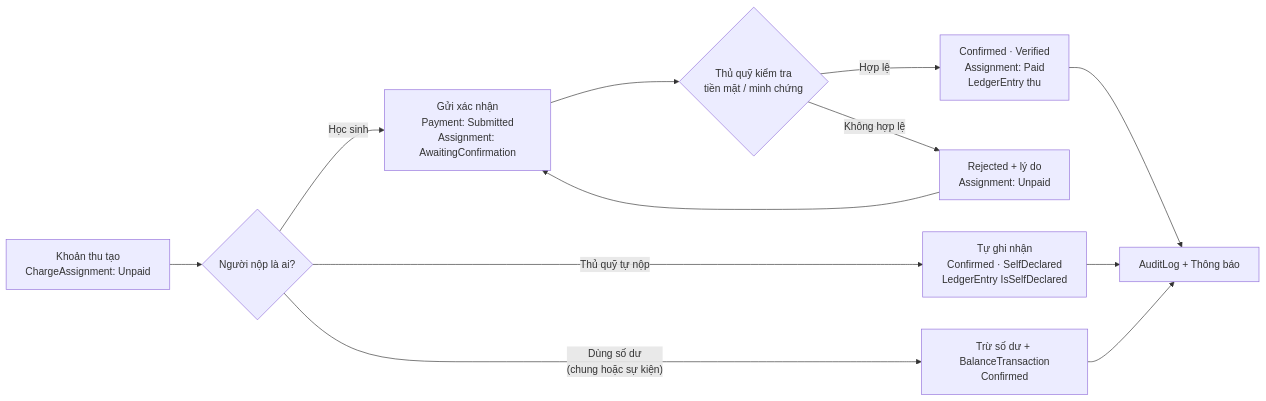
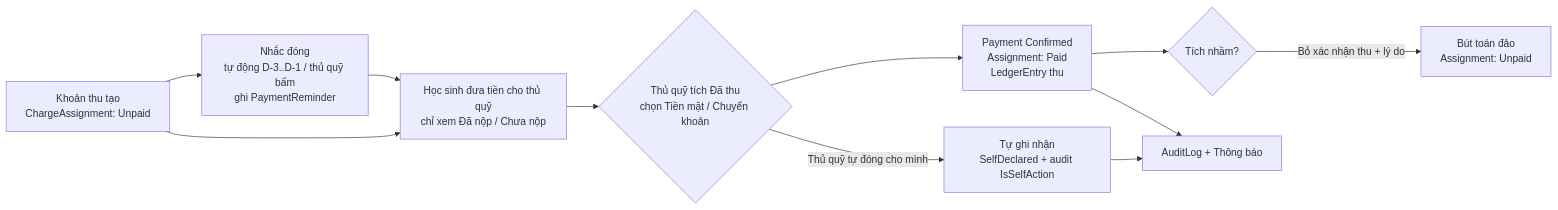
The first of 2 diagrams in docs/business-analysis/business-rules-and-processes.md (hodangquynh1546/OJT-GST-CES), drawn with Mermaid before and after one commit. The commit also changed other lines of this file and 146 other files, not shown here.

Commit message:
feat: luồng theo góp ý mentor – thủ quỹ tích đã thu, đóng danh sách hoàn số dư, quyết toán chia đều, rút số dư do thủ quỹ

````diff
--- a/docs/business-analysis/business-rules-and-processes.md
+++ b/docs/business-analysis/business-rules-and-processes.md
@@ -92,11 +95,12 @@
 ```mermaid
 flowchart LR
-  A[Khoản thu tạo<br/>ChargeAssignment: Unpaid] --> B{Người nộp là ai?}
-  B -- Học sinh --> C[Gửi xác nhận<br/>Payment: Submitted<br/>Assignment: AwaitingConfirmation]
-  C --> D{Thủ quỹ kiểm tra<br/>tiền mặt / minh chứng}
-  D -- Hợp lệ --> E[Confirmed · Verified<br/>Assignment: Paid<br/>LedgerEntry thu]
-  D -- Không hợp lệ --> F[Rejected + lý do<br/>Assignment: Unpaid] --> C
-  B -- Thủ quỹ tự nộp --> G[Tự ghi nhận<br/>Confirmed · SelfDeclared<br/>LedgerEntry IsSelfDeclared]
-  B -- Dùng số dư<br/>(chung hoặc sự kiện) --> H[Trừ số dư + BalanceTransaction<br/>Confirmed]
-  E & G & H --> I[AuditLog + Thông báo]
+  A[Khoản thu tạo<br/>ChargeAssignment: Unpaid] --> R[Nhắc đóng<br/>tự động D-3..D-1 / thủ quỹ bấm<br/>ghi PaymentReminder]
+  R --> B[Học sinh đưa tiền cho thủ quỹ<br/>chỉ xem Đã nộp / Chưa nộp]
+  A --> B
+  B --> C{Thủ quỹ tích Đã thu<br/>chọn Tiền mặt / Chuyển khoản}
+  C --> E[Payment Confirmed<br/>Assignment: Paid<br/>LedgerEntry thu]
+  C -- Thủ quỹ tự đóng cho mình --> G[Tự ghi nhận<br/>SelfDeclared + audit IsSelfAction]
+  E --> U{Tích nhầm?}
+  U -- Bỏ xác nhận thu + lý do --> X[Bút toán đảo<br/>Assignment: Unpaid]
+  E & G --> I[AuditLog + Thông báo]
 ```
````
